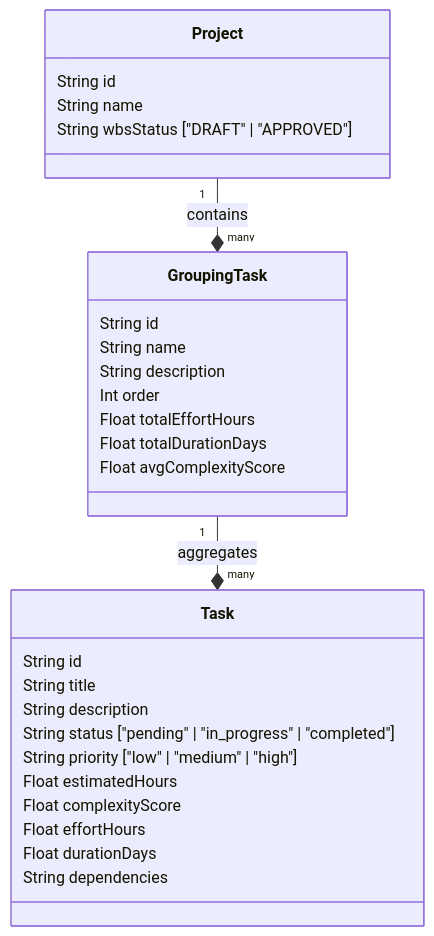
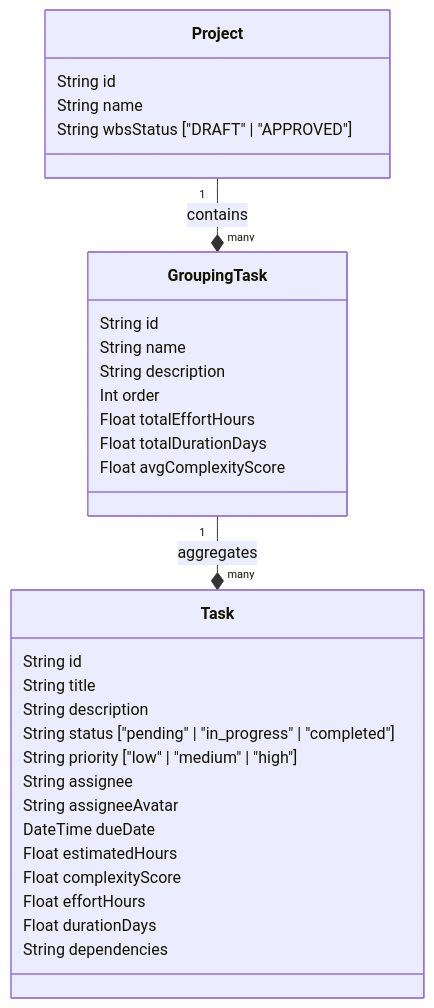
Before and after one commit to ArinovaStudio/Ai-model-management: the first of 3 diagrams in AI planning agent/docs/04_Backend_Engines/04d_WBS_Engine.md, drawn with Mermaid. The commit also changed other lines of this file and 10 other files, not shown here.

Commit message:
caching with redis and architectural improvement done by my part, documentation updated

````diff
--- a/AI planning agent/docs/04_Backend_Engines/04d_WBS_Engine.md
+++ b/AI planning agent/docs/04_Backend_Engines/04d_WBS_Engine.md
@@ -11,31 +11,34 @@
 ```mermaid
 classDiagram
     class Project {
         String id
         String name
         String wbsStatus ["DRAFT" | "APPROVED"]
     }
     class GroupingTask {
         String id
         String name
         String description
         Int order
         Float totalEffortHours
         Float totalDurationDays
         Float avgComplexityScore
     }
     class Task {
         String id
         String title
         String description
         String status ["pending" | "in_progress" | "completed"]
         String priority ["low" | "medium" | "high"]
+        String assignee
+        String assigneeAvatar
+        DateTime dueDate
         Float estimatedHours
         Float complexityScore
         Float effortHours
         Float durationDays
         String dependencies
     }
     Project "1" --* "many" GroupingTask : contains
     GroupingTask "1" --* "many" Task : aggregates
 ```
````
